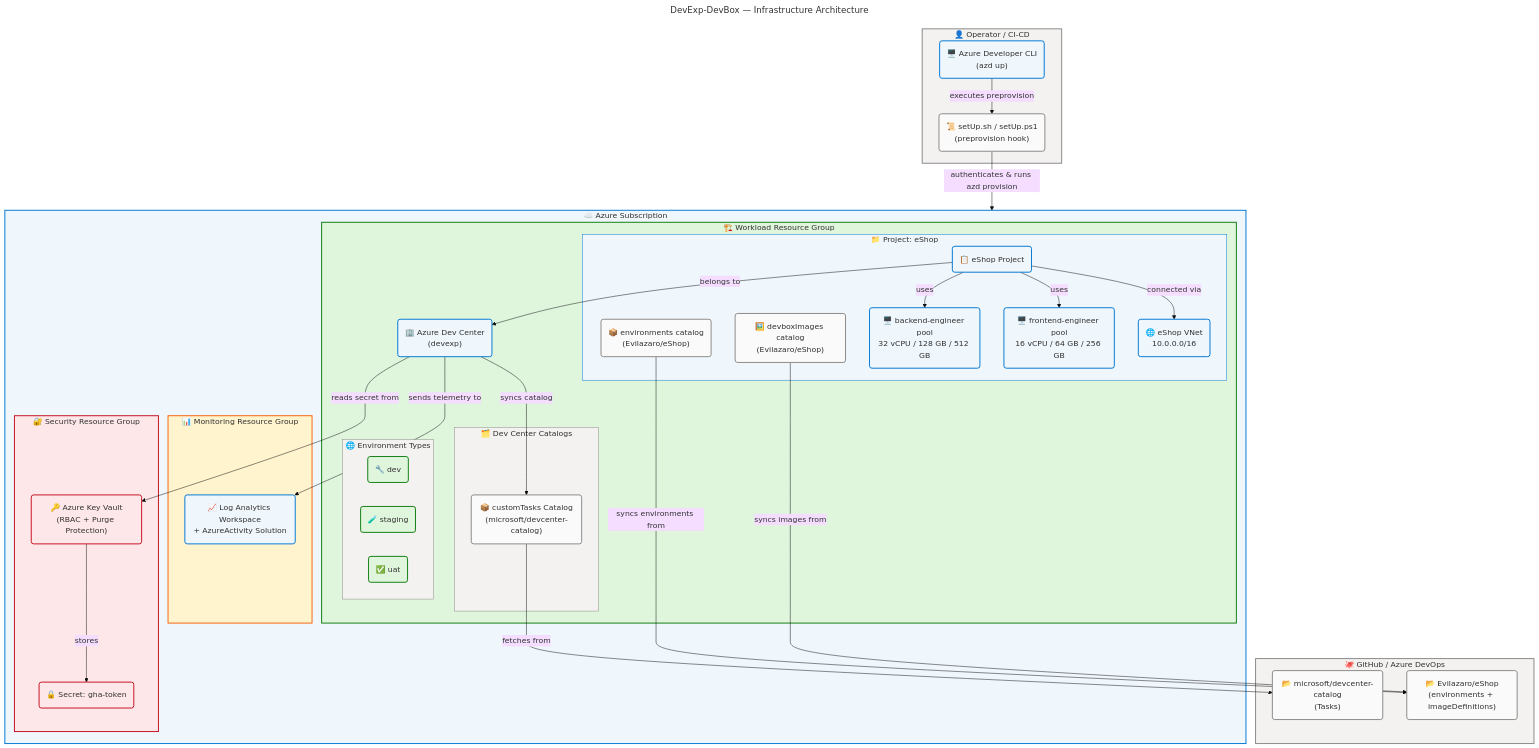
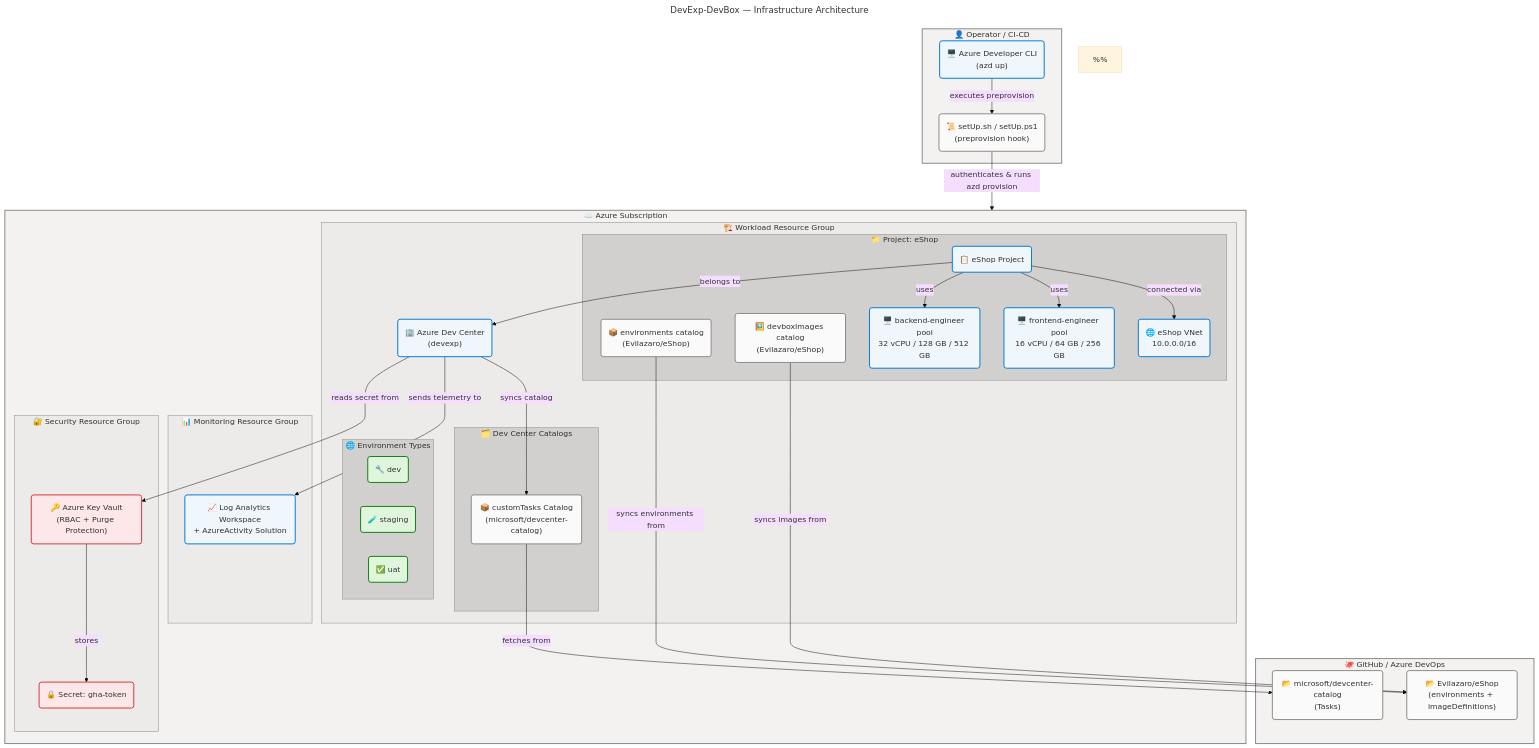
Before and after one commit to Evilazaro/DevExp-DevBox: the diagram in README.md, drawn with Mermaid.

Commit message:
Enhance README.md with updated flowchart descriptions and accessibility compliance details

````diff
--- a/README.md
+++ b/README.md
@@ -366,12 +366,25 @@
   theme: base
   look: classic
   layout: dagre
+  themeVariables:
+    fontSize: '16px'
   flowchart:
     htmlLabels: true
 ---
 flowchart TB
     accTitle: DevExp-DevBox Infrastructure Architecture Diagram
-    accDescr: Azure subscription-scoped Bicep deployment creating three resource group domains — Workload, Security, and Monitoring — containing Dev Center with projects and pools, Key Vault for secret management, and Log Analytics for centralized observability. Uses azd CLI for orchestration and GitHub/ADO for catalog sync.
+    accDescr: Azure subscription-scoped Bicep deployment creating three resource group domains — Workload, Security, and Monitoring — containing Dev Center with projects and pools, Key Vault for secret management, and Log Analytics for centralized observability. CLI=core, SetUp=neutral, DC=core, LAW=core, KV=danger, Secret=danger, Proj=core, ProjCat1=neutral, ProjCat2=neutral, Pool1=core, Pool2=core, VNet=core, Cat=neutral, ET1=success, ET2=success, ET3=success, Repo1=neutral, Repo2=neutral. WCAG AA compliant.
+
+    %%
+    %% AZURE / FLUENT ARCHITECTURE PATTERN v2.0
+    %% (Semantic + Structural + Font + Accessibility Governance)
+    %%
+    %% PHASE 1 - FLUENT UI: All styling uses approved Fluent UI palette only
+    %% PHASE 2 - GROUPS: Every subgraph has semantic color via style directive
+    %% PHASE 3 - COMPONENTS: Every node has semantic classDef + icon prefix
+    %% PHASE 4 - ACCESSIBILITY: accTitle/accDescr present, WCAG AA contrast
+    %% PHASE 5 - STANDARD: Governance block present, classDefs centralized
+    %%
 
     subgraph operator["👤 Operator / CI-CD"]
         CLI("🖥️ Azure Developer CLI<br/>(azd up)"):::core
@@ -381,12 +394,12 @@
     subgraph subscription["☁️ Azure Subscription"]
 
         subgraph monitoring_rg["📊 Monitoring Resource Group"]
-            LAW("📈 Log Analytics Workspace<br/>+ AzureActivity Solution"):::data
+            LAW("📈 Log Analytics Workspace<br/>+ AzureActivity Solution"):::core
         end
 
         subgraph security_rg["🔐 Security Resource Group"]
-            KV("🔑 Azure Key Vault<br/>(RBAC + Purge Protection)"):::security
-            Secret("🔒 Secret: gha-token"):::security
+            KV("🔑 Azure Key Vault<br/>(RBAC + Purge Protection)"):::danger
+            Secret("🔒 Secret: gha-token"):::danger
         end
 
         subgraph workload_rg["🏗️ Workload Resource Group"]
@@ -408,7 +421,7 @@
                 ProjCat2("🖼️ devboxImages catalog<br/>(Evilazaro/eShop)"):::neutral
                 Pool1("🖥️ backend-engineer pool<br/>32 vCPU / 128 GB / 512 GB"):::core
                 Pool2("🖥️ frontend-engineer pool<br/>16 vCPU / 64 GB / 256 GB"):::core
-                VNet("🌐 eShop VNet<br/>10.0.0.0/16"):::data
+                VNet("🌐 eShop VNet<br/>10.0.0.0/16"):::core
             end
         end
     end
@@ -433,18 +446,17 @@
     Proj -->|"connected via"| VNet
 
     style operator fill:#F3F2F1,stroke:#8A8886,stroke-width:2px,color:#323130
-    style subscription fill:#EFF6FC,stroke:#0078D4,stroke-width:2px,color:#323130
-    style monitoring_rg fill:#FFF4CE,stroke:#F7630C,stroke-width:2px,color:#323130
-    style security_rg fill:#FDE7E9,stroke:#C50F1F,stroke-width:2px,color:#323130
-    style workload_rg fill:#DFF6DD,stroke:#107C10,stroke-width:2px,color:#323130
-    style catalogs_sg fill:#F3F2F1,stroke:#8A8886,stroke-width:1px,color:#323130
-    style env_types_sg fill:#F3F2F1,stroke:#8A8886,stroke-width:1px,color:#323130
-    style project_sg fill:#EFF6FC,stroke:#0078D4,stroke-width:1px,color:#323130
+    style subscription fill:#F3F2F1,stroke:#8A8886,stroke-width:2px,color:#323130
+    style monitoring_rg fill:#EDEBE9,stroke:#8A8886,stroke-width:1px,color:#323130
+    style security_rg fill:#EDEBE9,stroke:#8A8886,stroke-width:1px,color:#323130
+    style workload_rg fill:#EDEBE9,stroke:#8A8886,stroke-width:1px,color:#323130
+    style catalogs_sg fill:#D2D0CE,stroke:#8A8886,stroke-width:1px,color:#323130
+    style env_types_sg fill:#D2D0CE,stroke:#8A8886,stroke-width:1px,color:#323130
+    style project_sg fill:#D2D0CE,stroke:#8A8886,stroke-width:1px,color:#323130
     style github_sg fill:#F3F2F1,stroke:#8A8886,stroke-width:2px,color:#323130
 
     classDef neutral fill:#FAFAFA,stroke:#8A8886,stroke-width:2px,color:#323130
     classDef core fill:#EFF6FC,stroke:#0078D4,stroke-width:2px,color:#323130
     classDef success fill:#DFF6DD,stroke:#107C10,stroke-width:2px,color:#323130
-    classDef data fill:#EFF6FC,stroke:#0078D4,stroke-width:2px,color:#323130
-    classDef security fill:#FDE7E9,stroke:#C50F1F,stroke-width:2px,color:#323130
+    classDef danger fill:#FDE7E9,stroke:#D13438,stroke-width:2px,color:#323130
 ```
````
